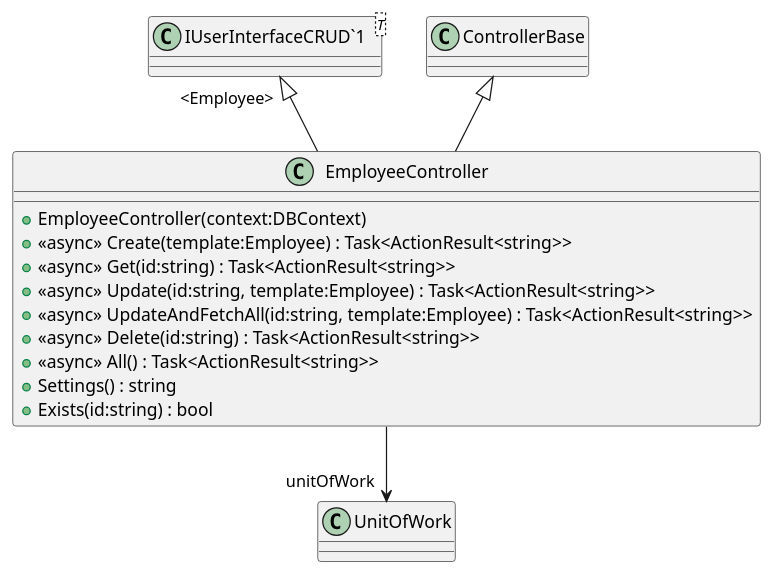
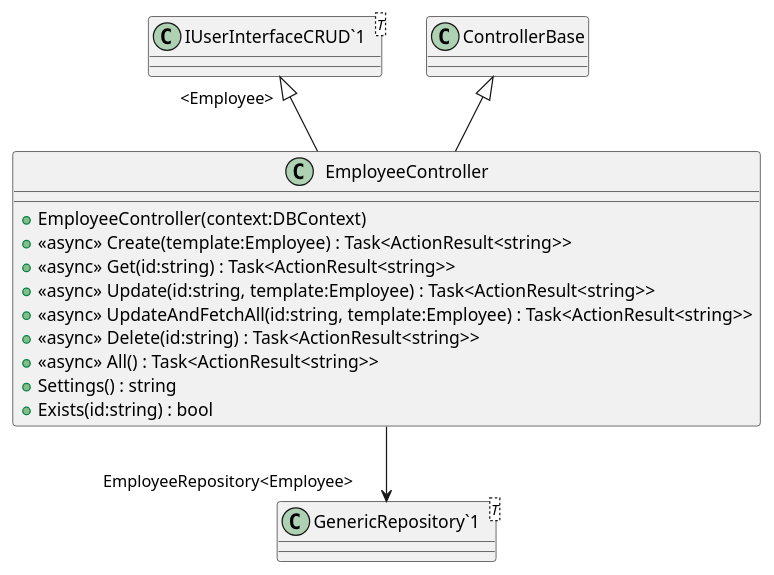
One commit to timothxy/ICT2106_P3_Project changed the diagram in YouthActionDotNet/UML/Controllers/EmployeeController.puml. Above: the diagram before and after it, drawn with PlantUML. The commit also changed 18 other files, not shown here.

```diff
--- a/YouthActionDotNet/UML/Controllers/EmployeeController.puml
+++ b/YouthActionDotNet/UML/Controllers/EmployeeController.puml
@@ -1,18 +1,20 @@
 @startuml
 class EmployeeController {
     + EmployeeController(context:DBContext)
     + <<async>> Create(template:Employee) : Task<ActionResult<string>>
     + <<async>> Get(id:string) : Task<ActionResult<string>>
     + <<async>> Update(id:string, template:Employee) : Task<ActionResult<string>>
     + <<async>> UpdateAndFetchAll(id:string, template:Employee) : Task<ActionResult<string>>
     + <<async>> Delete(id:string) : Task<ActionResult<string>>
     + <<async>> All() : Task<ActionResult<string>>
     + Settings() : string
     + Exists(id:string) : bool
 }
 class "IUserInterfaceCRUD`1"<T> {
 }
+class "GenericRepository`1"<T> {
+}
 ControllerBase <|-- EmployeeController
 "IUserInterfaceCRUD`1" "<Employee>" <|-- EmployeeController
-EmployeeController --> "unitOfWork" UnitOfWork
+EmployeeController --> "EmployeeRepository<Employee>" "GenericRepository`1"
 @enduml
```
